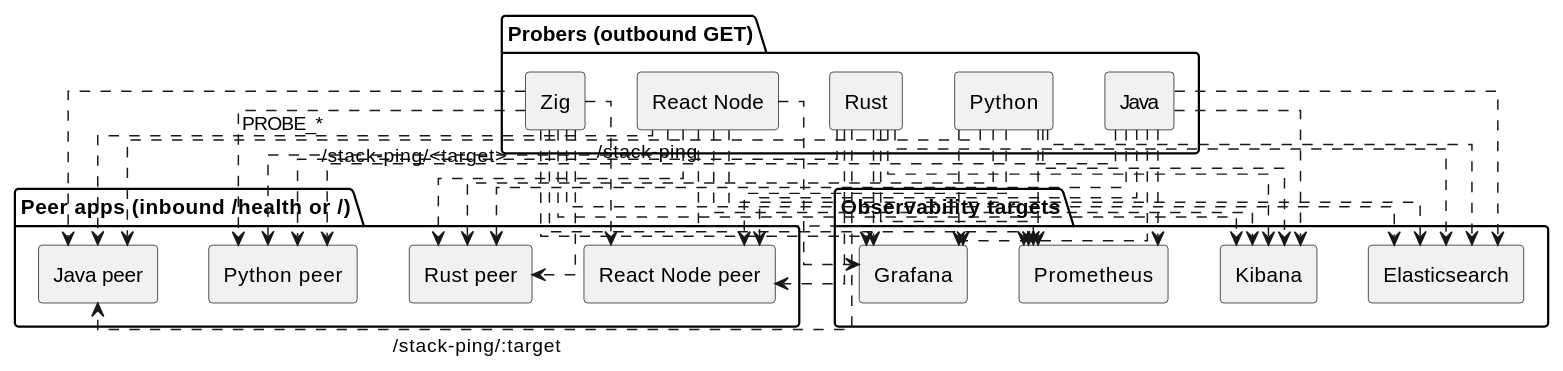
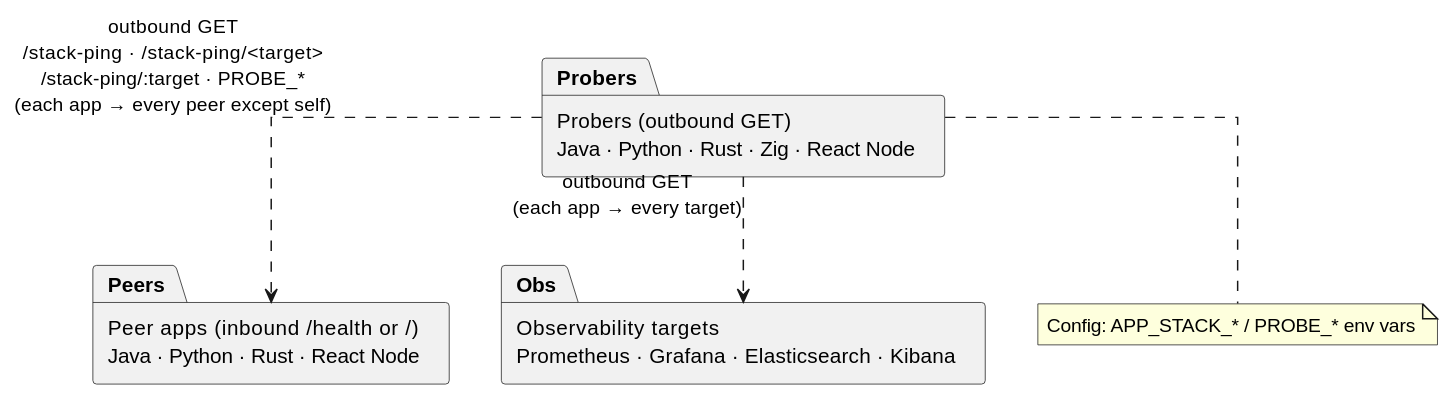
Before and after one commit to tiagoyamashita/webserver-benchmark: the third of 7 diagrams in README.md, drawn with PlantUML. The commit also changed other lines of this file, not shown here.

Commit message:
update readme plantuml

````diff
--- a/README.md
+++ b/README.md
@@ -80,70 +87,21 @@
 ```plantuml
 @startuml stack-probes
 skinparam componentStyle rectangle
 skinparam linetype ortho
 
-package "Probers (outbound GET)" {
-  [Java] as J
-  [Python] as P
-  [Rust] as R
-  [Zig] as Z
-  [React Node] as RN
-}
+package "Probers (outbound GET)\nJava · Python · Rust · Zig · React Node" as Probers
 
-package "Peer apps (inbound /health or /)" {
-  [Java peer] as Jp
-  [Python peer] as Pp
-  [Rust peer] as Rp
-  [React Node peer] as RNp
-}
+package "Peer apps (inbound /health or /)\nJava · Python · Rust · React Node" as Peers
 
-package "Observability targets" {
-  [Prometheus] as Prom
-  [Grafana] as Graf
-  [Elasticsearch] as ES
-  [Kibana] as Kib
-}
+package "Observability targets\nPrometheus · Grafana · Elasticsearch · Kibana" as Obs
 
-J ..> Pp : /stack-ping
-J ..> Rp
-J ..> RNp
-J ..> Prom
-J ..> Graf
-J ..> ES
-J ..> Kib
+Probers ..> Peers : outbound GET\n/stack-ping · /stack-ping/<target>\n/stack-ping/:target · PROBE_*\n(each app → every peer except self)
 
-P ..> Jp : /stack-ping/<target>
-P ..> Rp
-P ..> RNp
-P ..> Prom
-P ..> Graf
-P ..> ES
-P ..> Kib
+Probers ..> Obs : outbound GET\n(each app → every target)
 
-R ..> Jp : /stack-ping/:target
-R ..> Pp
-R ..> RNp
-R ..> Prom
-R ..> Graf
-R ..> ES
-R ..> Kib
-
-Z ..> Jp
-Z ..> Pp
-Z ..> Rp
-Z ..> RNp
-Z ..> Prom
-Z ..> Graf
-Z ..> ES
-Z ..> Kib
-
-RN ..> Jp : PROBE_*
-RN ..> Pp
-RN ..> Rp
-RN ..> Prom
-RN ..> Graf
-RN ..> ES
-RN ..> Kib
+note bottom of Probers
+  Config: APP_STACK_* / PROBE_* env vars
+end note
 
 @enduml
 ```
````
